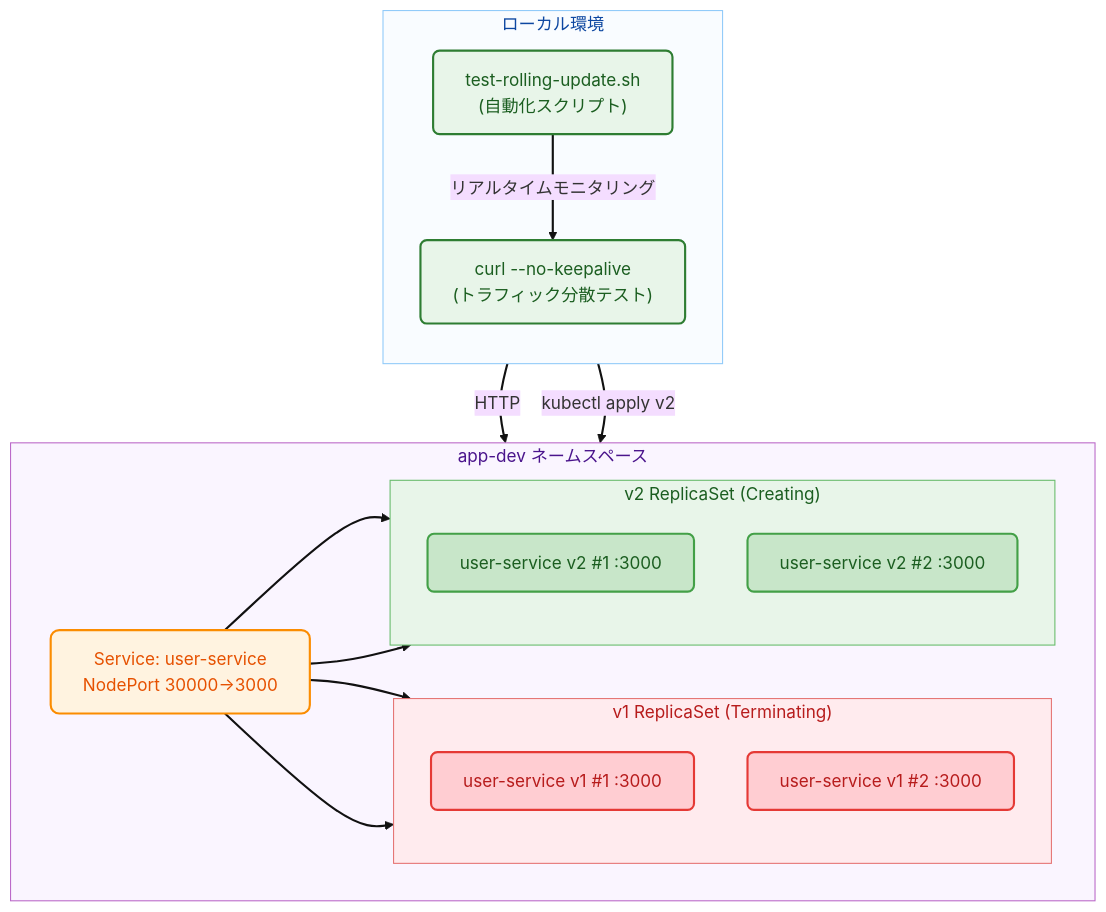
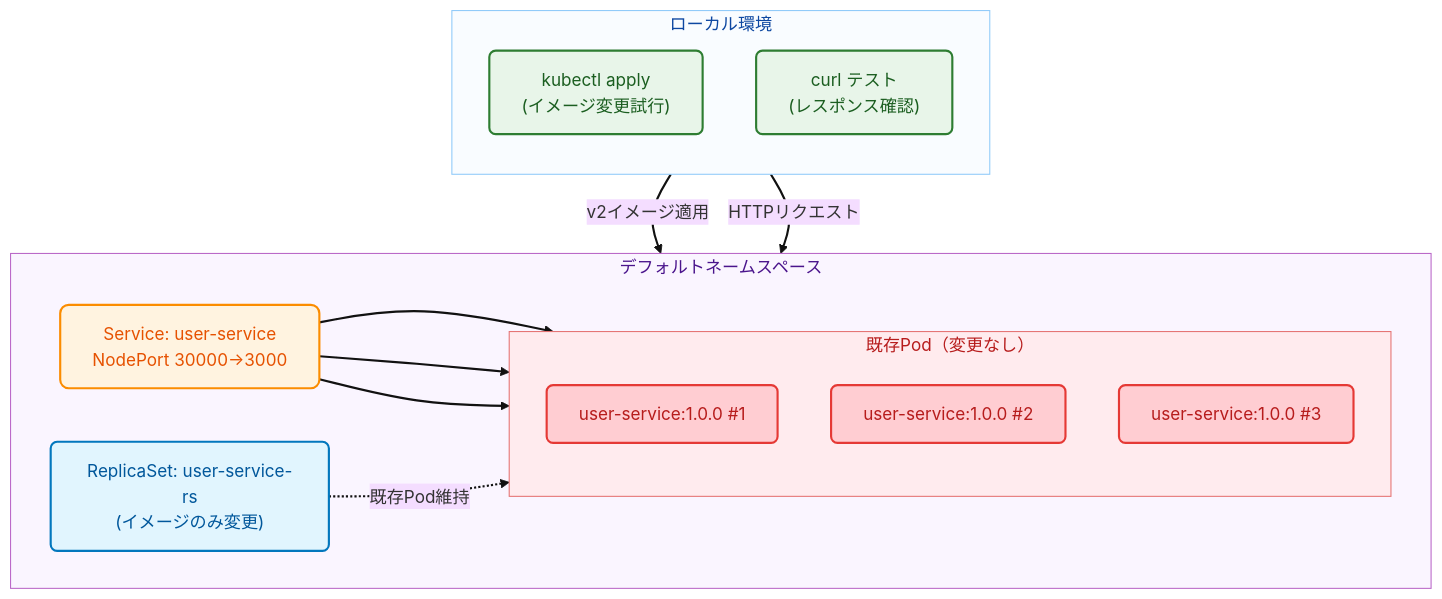
One commit to mogumogu-lab/k8s-replicaset changed the diagram in README-ja.md. Above: the diagram before and after it, drawn with Mermaid. The commit also changed other lines of this file and 1 other file, not shown here.

````diff
--- a/README-ja.md
+++ b/README-ja.md
@@ -25,62 +25,55 @@
 ```mermaid
 %%{init: {
   'theme': 'base',
   'themeVariables': {
     'fontFamily': 'Inter, Pretendard, sans-serif'
   }
 }}%%
 
 flowchart TB
 
 %% ---------- Class definitions ----------
 classDef boxLocal    fill:#E3F2FD,stroke:#1E88E5,color:#0D47A1,stroke-width:2px,rx:6,ry:6;
 classDef boxK8s      fill:#F3E5F5,stroke:#8E24AA,color:#4A148C,stroke-width:2px,rx:6,ry:6;
 classDef boxSvc      fill:#FFF3E0,stroke:#FB8C00,color:#E65100,stroke-width:2px,rx:8,ry:8;
 classDef boxV1       fill:#FFCDD2,stroke:#E53935,color:#B71C1C,stroke-width:2px,rx:6,ry:6;
-classDef boxV2       fill:#C8E6C9,stroke:#43A047,color:#1B5E20,stroke-width:2px,rx:6,ry:6;
+classDef boxRS       fill:#E1F5FE,stroke:#0277BD,color:#01579B,stroke-width:2px,rx:6,ry:6;
 classDef boxTool     fill:#E8F5E9,stroke:#2E7D32,color:#1B5E20,stroke-width:2px,rx:6,ry:6;
 
 %% Default link style (darker & thicker)
 linkStyle default stroke:#111,stroke-width:2px;
 
 %% ---------- Local ----------
 subgraph Local["ローカル環境"]
   direction TB
-  script["test-rolling-update.sh<br/>(自動化スクリプト)"]:::boxTool
-  curl["curl --no-keepalive<br/>(トラフィック分散テスト)"]:::boxTool
+  kubectl["kubectl apply<br/>(イメージ変更試行)"]:::boxTool
+  curl["curl テスト<br/>(レスポンス確認)"]:::boxTool
 end
 style Local fill:#F9FCFF,stroke:#90CAF9,color:#0D47A1
 
 %% ---------- K8s ----------
-subgraph K8s["app-dev ネームスペース"]
+subgraph K8s["デフォルトネームスペース"]
   direction LR
 
-  subgraph V1["v1 ReplicaSet (Terminating)"]
+  RS["ReplicaSet: user-service-rs<br/>(イメージのみ変更)"]:::boxRS
+
+  subgraph Pods["既存Pod（変更なし）"]
     direction TB
-    p1["user-service v1 #1 :3000"]:::boxV1
-    p2["user-service v1 #2 :3000"]:::boxV1
+    p1["user-service:1.0.0 #1"]:::boxV1
+    p2["user-service:1.0.0 #2"]:::boxV1
+    p3["user-service:1.0.0 #3"]:::boxV1
   end
-  style V1 fill:#FFEBEE,stroke:#E57373,color:#B71C1C
+  style Pods fill:#FFEBEE,stroke:#E57373,color:#B71C1C
 
   SVC["Service: user-service<br/>NodePort 30000→3000"]:::boxSvc
-
-  subgraph V2["v2 ReplicaSet (Creating)"]
-    direction TB
-    p3["user-service v2 #1 :3000"]:::boxV2
-    p4["user-service v2 #2 :3000"]:::boxV2
-  end
-  style V2 fill:#E8F5E9,stroke:#66BB6A,color:#1B5E20
 end
 style K8s fill:#FAF5FF,stroke:#BA68C8,color:#4A148C
 
 %% ---------- Edges ----------
-script -->|kubectl apply v2| K8s
-script -->|リアルタイムモニタリング| curl
-curl -->|HTTP| SVC
+kubectl -->|v2イメージ適用| RS
+RS -.->|既存Pod維持| Pods
+curl -->|HTTPリクエスト| SVC
 SVC --> p1
-SVC --> p2
+SVC --> p2  
 SVC --> p3
-SVC --> p4
-%% Optional: emphasize traffic edges to new pods
-%% linkStyle <index> stroke:#2E7D32,stroke-width:3px;
 ```
````
